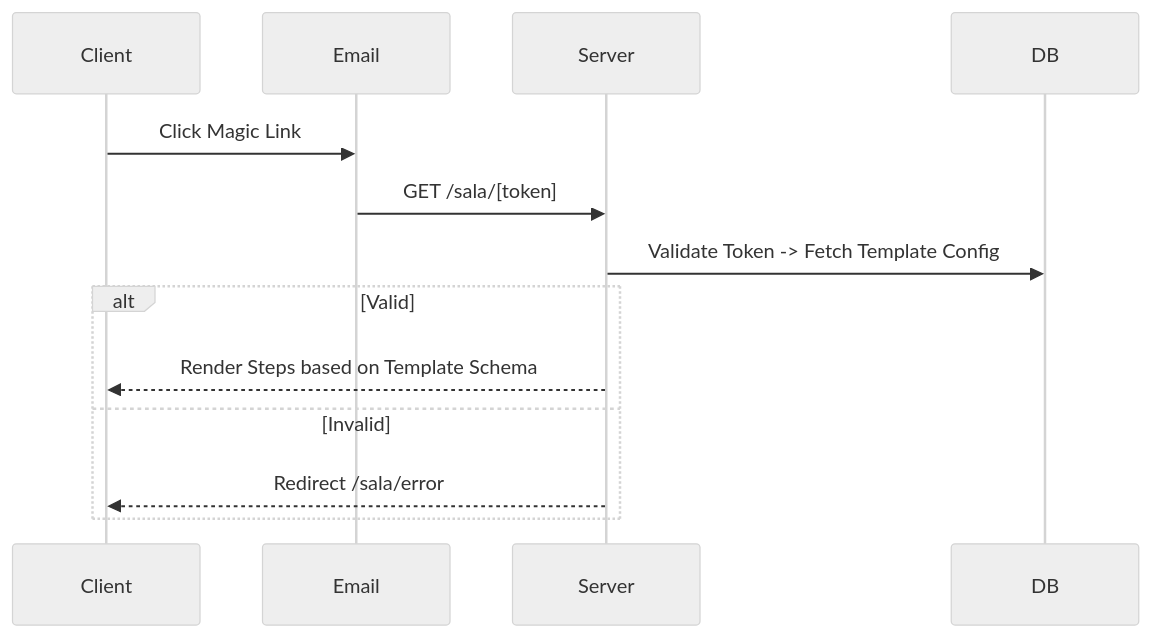
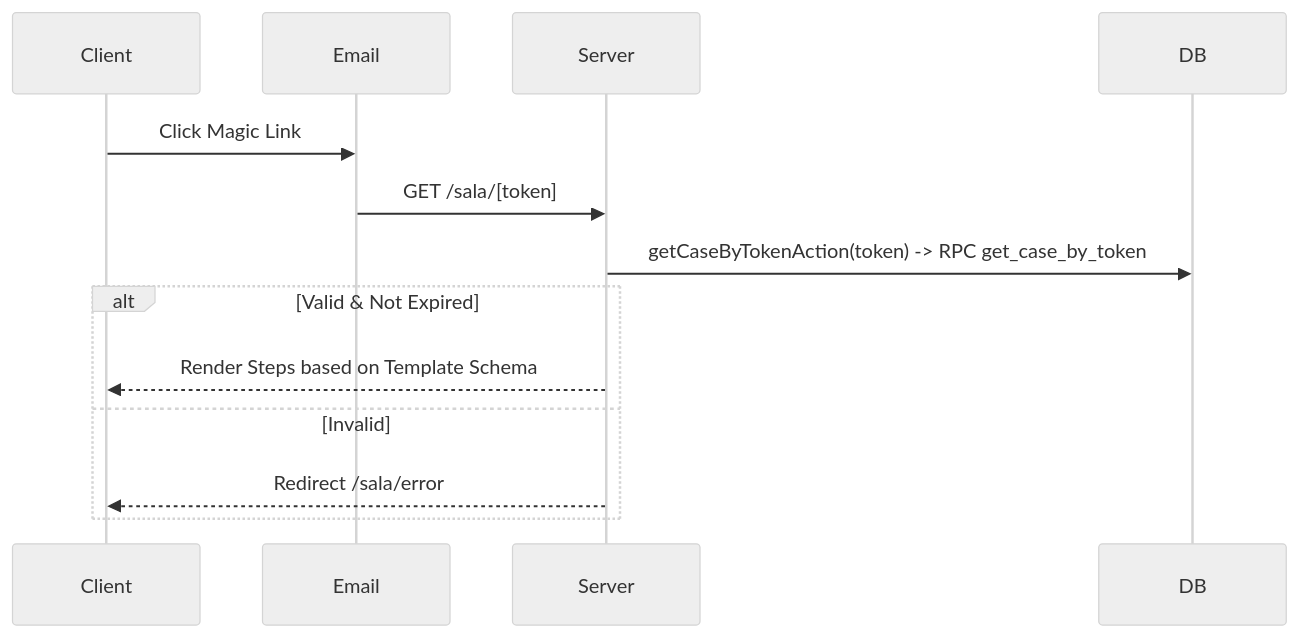
Before and after one commit to SKANL/abogado-sala: the diagram in .agent/frontend/portal-module.md, drawn with Mermaid (neutral theme). The commit also changed 11 other files, not shown here.

````diff
--- a/.agent/frontend/portal-module.md
+++ b/.agent/frontend/portal-module.md
@@ -7,11 +7,11 @@
 ```mermaid
 sequenceDiagram
     Client->>Email: Click Magic Link
     Email->>Server: GET /sala/[token]
-    Server->>DB: Validate Token -> Fetch Template Config
-    alt Valid
+    Server->>DB: getCaseByTokenAction(token) -> RPC get_case_by_token
+    alt Valid & Not Expired
         Server-->>Client: Render Steps based on Template Schema
     else Invalid
         Server-->>Client: Redirect /sala/error
     end
 ```
````
